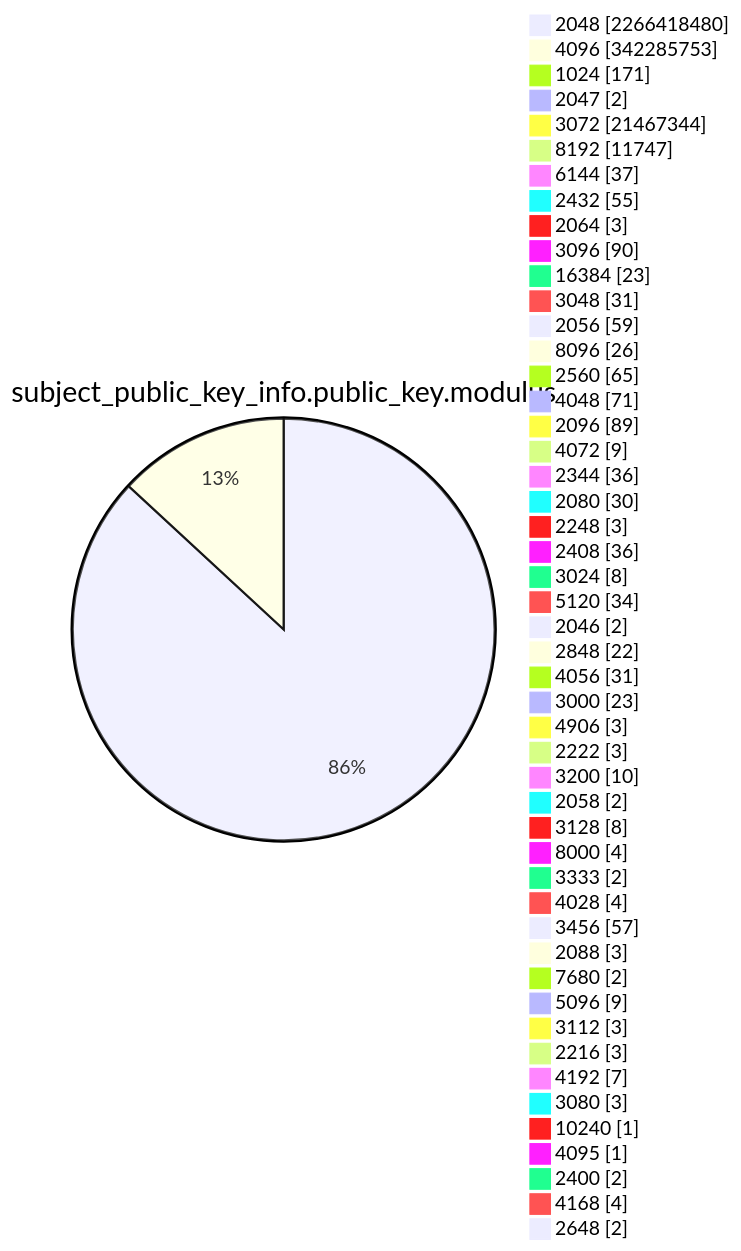
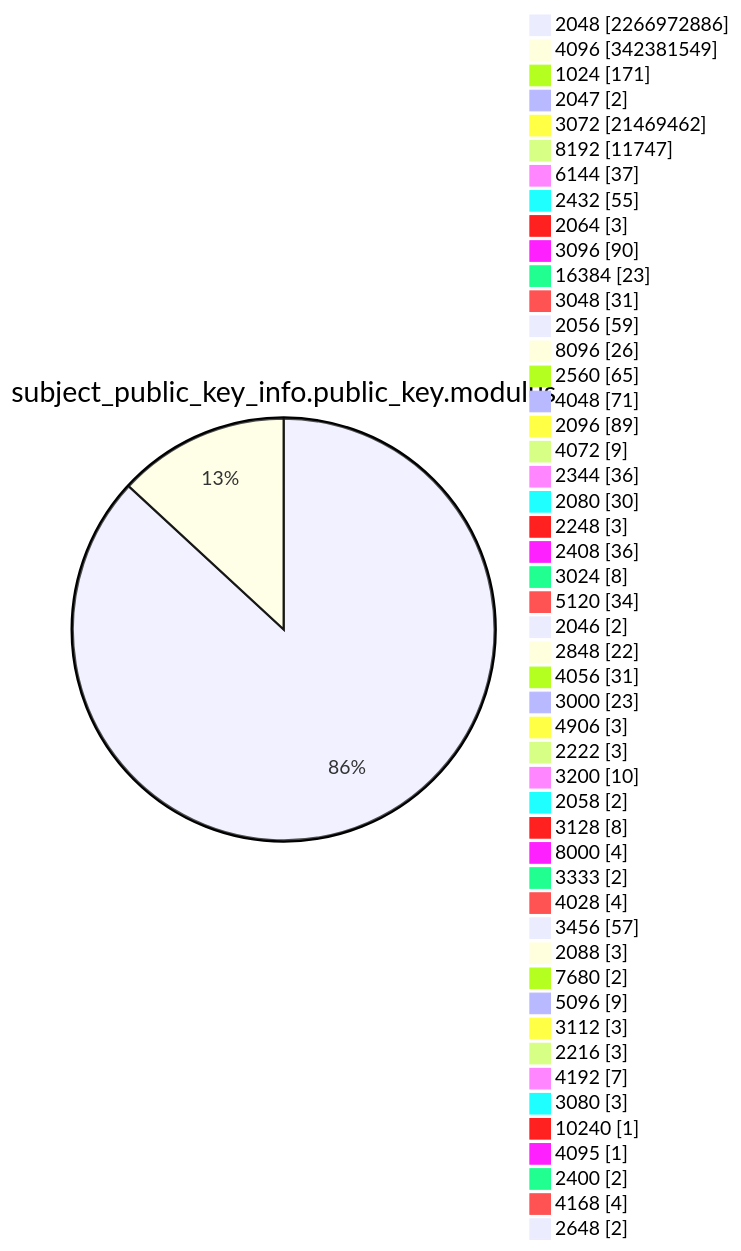
Before and after one commit to christiankrug/ctmonitor_visualization: diagram 13 of 15 in TOTAL/README.md, drawn with Mermaid. The commit also changed other lines of this file, not shown here.

````diff
--- a/TOTAL/README.md
+++ b/TOTAL/README.md
@@ -4165,53 +4165,53 @@
 ```mermaid
 pie showData
 title subject_public_key_info.public_key.modulus
-"2048" :2266418480
-"4096" :342285753
+"2048" :2266972886
+"4096" :342381549
 "1024" :171
 "2047" :2
-"3072" :21467344
+"3072" :21469462
 "8192" :11747
 "6144" :37
 "2432" :55
 "2064" :3
 "3096" :90
 "16384" :23
 "3048" :31
 "2056" :59
 "8096" :26
 "2560" :65
 "4048" :71
 "2096" :89
 "4072" :9
 "2344" :36
 "2080" :30
 "2248" :3
 "2408" :36
 "3024" :8
 "5120" :34
 "2046" :2
 "2848" :22
 "4056" :31
 "3000" :23
 "4906" :3
 "2222" :3
 "3200" :10
 "2058" :2
 "3128" :8
 "8000" :4
 "3333" :2
 "4028" :4
 "3456" :57
 "2088" :3
 "7680" :2
 "5096" :9
 "3112" :3
 "2216" :3
 "4192" :7
 "3080" :3
 "10240" :1
 "4095" :1
 "2400" :2
 "4168" :4
 "2648" :2
 ```
````
